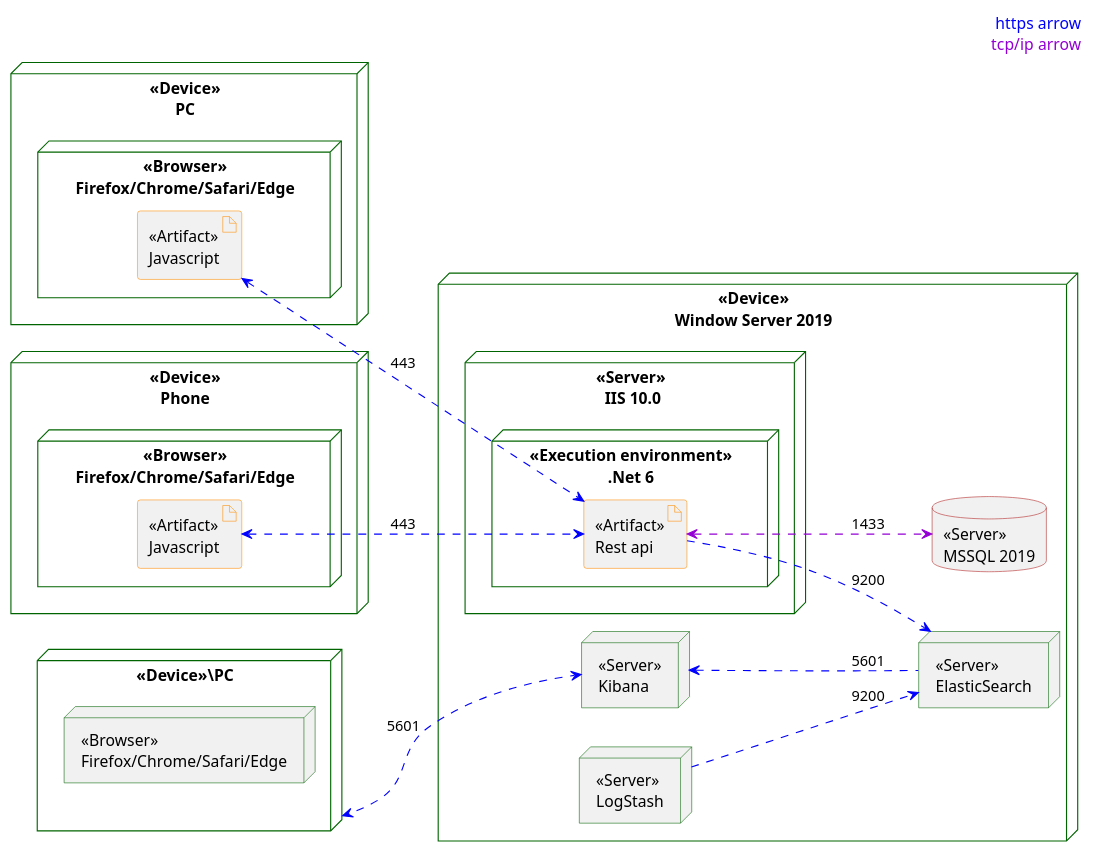
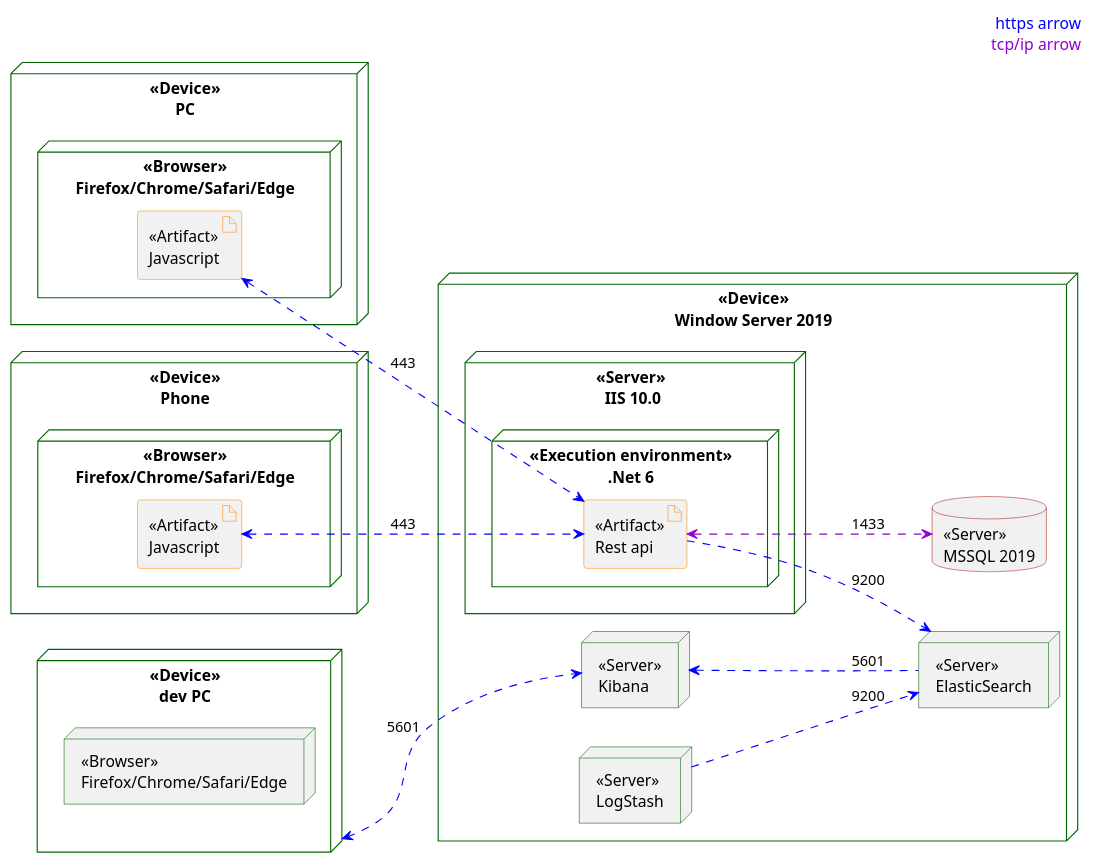
Before and after one commit to blackout1471/trust-us-school: the diagram in Docs/Deployment/Deployment.plantuml, drawn with PlantUML. The commit also changed 3 other files, not shown here.

```diff
--- a/Docs/Deployment/Deployment.plantuml
+++ b/Docs/Deployment/Deployment.plantuml
@@ -1,59 +1,59 @@
 @startuml deploymentdiagram
 
 skinparam ArtifactBorderColor DarkOrange
 skinparam NodeBorderColor Darkgreen
 skinparam DatabaseBorderColor firebrick
 
 skinparam ArrowColor<<https>> blue
 skinparam ArrowColor<<tcp>> darkviolet
 
 left to right direction
 
 header
 <font color=blue size=14>https arrow</font>
 <font color=darkviolet size=14>tcp/ip arrow</font> 
 endheader
 
 node "<<Device>>\nWindow Server 2019" as devserver {
     node "<<Server>>\n IIS 10.0" {
         node "<<Execution environment>>\n.Net 6" {
             artifact "<<Artifact>>\nRest api" as rest
         }
     }
 
     database "<<Server>>\nMSSQL 2019" as db
 
     node "<<Server>>\nKibana" as kibana
     node "<<Server>>\nElasticSearch" as elastic
     node "<<Server>>\nLogStash" as logstash
 }
 
 kibana <.. elastic<<https>> : 5601
 logstash ..> elastic<<https>> : 9200
 rest ..> elastic<<https>> : 9200
 
 rest <..> db<<tcp>> : 1433
 
 node "<<Device>>\nPC" as pc {
     node "<<Browser>>\nFirefox/Chrome/Safari/Edge" as n1 {
         artifact "<<Artifact>>\nJavascript" as a1
     }
 }
 
 node "<<Device>>\nPhone" as phone {
     node "<<Browser>>\nFirefox/Chrome/Safari/Edge" as n2 {
         artifact "<<Artifact>>\nJavascript" as a2
     }
 }
 
-node "<<Device>>\PC" as dev {
+node "<<Device>>\ndev PC" as dev {
     node "<<Browser>>\nFirefox/Chrome/Safari/Edge" as n3 
 }
 
 dev <..> kibana<<https>> : 5601
 
 a1 <..> rest<<https>> : 443
 a2 <..> rest<<https>> : 443
 
 
 @enduml
```
